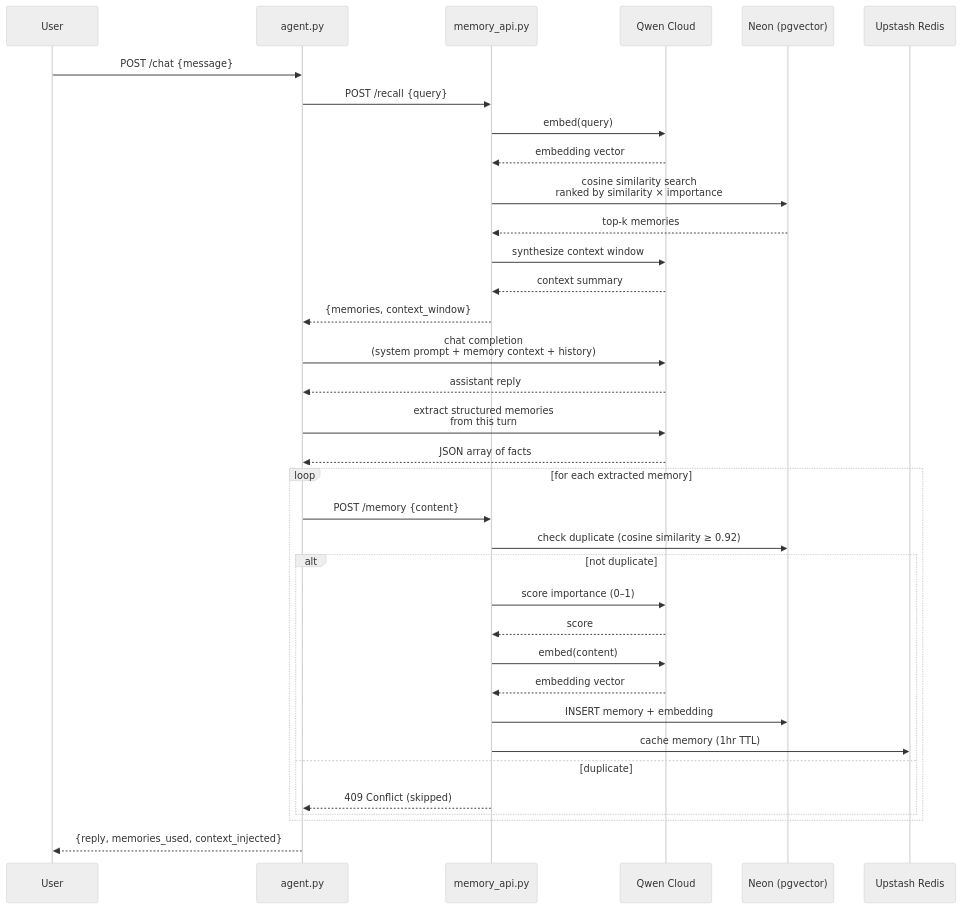
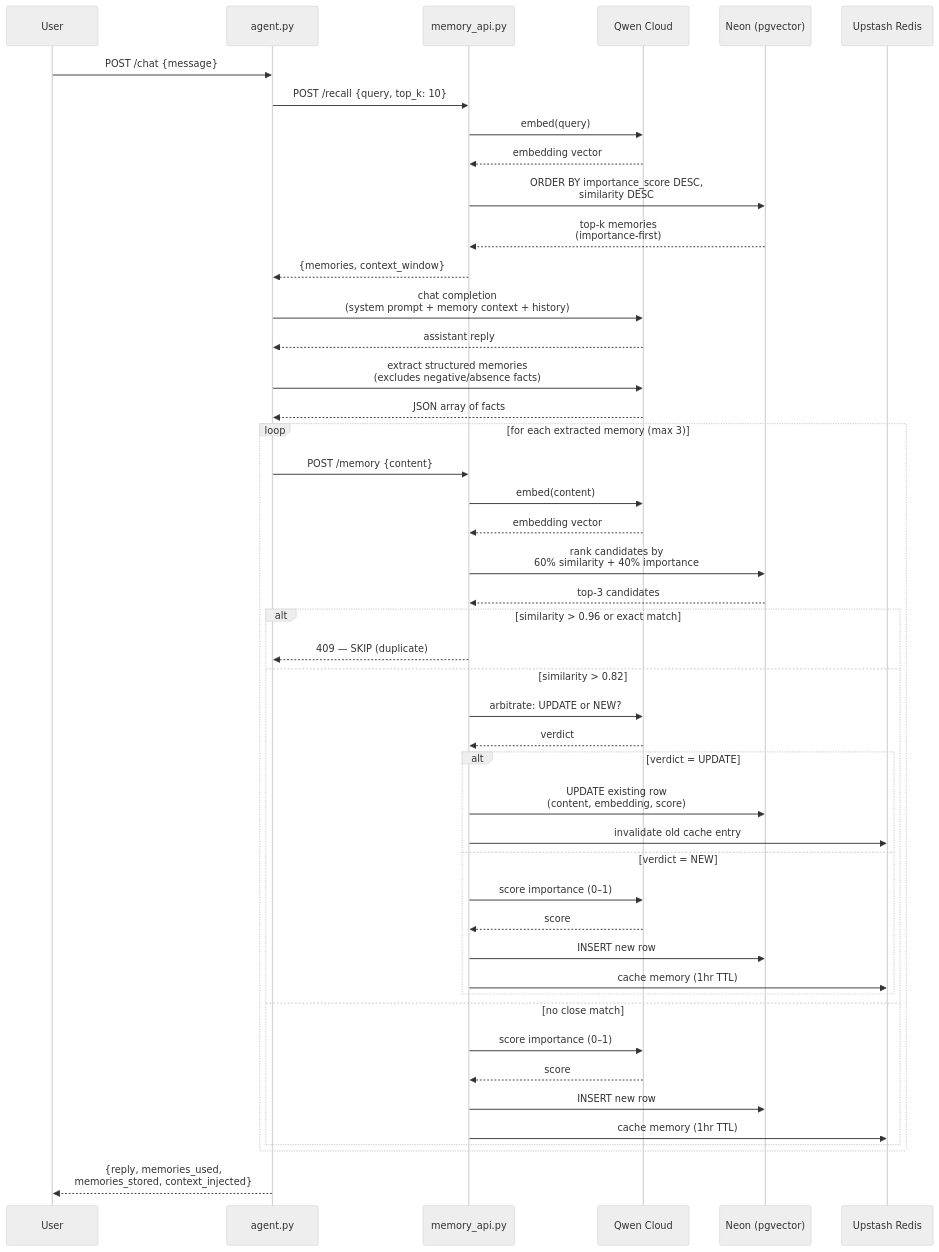
One commit to Hereforlolz/qwen-memory-agent changed the second of 3 diagrams in architecture.md. Above: the diagram before and after it, drawn with Mermaid (neutral theme). The commit also changed other lines of this file and 4 other files, not shown here.

Commit message:
Fix vector dimension mismatch, add weighted dedup ranking, importance-first recall, negative-fact filtering, updated Readme and architecture

````diff
--- a/architecture.md
+++ b/architecture.md
@@ -51,42 +51,54 @@
 ```mermaid
 sequenceDiagram
     participant U as User
     participant A as agent.py
     participant M as memory_api.py
     participant Q as Qwen Cloud
     participant N as Neon (pgvector)
     participant R as Upstash Redis
 
     U->>A: POST /chat {message}
-    A->>M: POST /recall {query}
+    A->>M: POST /recall {query, top_k: 10}
     M->>Q: embed(query)
     Q-->>M: embedding vector
-    M->>N: cosine similarity search<br/>ranked by similarity × importance
-    N-->>M: top-k memories
-    M->>Q: synthesize context window
-    Q-->>M: context summary
+    M->>N: ORDER BY importance_score DESC,<br/>similarity DESC
+    N-->>M: top-k memories<br/>(importance-first)
     M-->>A: {memories, context_window}
 
     A->>Q: chat completion<br/>(system prompt + memory context + history)
     Q-->>A: assistant reply
 
-    A->>Q: extract structured memories<br/>from this turn
+    A->>Q: extract structured memories<br/>(excludes negative/absence facts)
     Q-->>A: JSON array of facts
 
-    loop for each extracted memory
+    loop for each extracted memory (max 3)
         A->>M: POST /memory {content}
-        M->>N: check duplicate (cosine similarity ≥ 0.92)
-        alt not duplicate
+        M->>Q: embed(content)
+        Q-->>M: embedding vector
+        M->>N: rank candidates by<br/>60% similarity + 40% importance
+        N-->>M: top-3 candidates
+
+        alt similarity > 0.96 or exact match
+            M-->>A: 409 — SKIP (duplicate)
+        else similarity > 0.82
+            M->>Q: arbitrate: UPDATE or NEW?
+            Q-->>M: verdict
+            alt verdict = UPDATE
+                M->>N: UPDATE existing row<br/>(content, embedding, score)
+                M->>R: invalidate old cache entry
+            else verdict = NEW
+                M->>Q: score importance (0–1)
+                Q-->>M: score
+                M->>N: INSERT new row
+                M->>R: cache memory (1hr TTL)
+            end
+        else no close match
             M->>Q: score importance (0–1)
             Q-->>M: score
-            M->>Q: embed(content)
-            Q-->>M: embedding vector
-            M->>N: INSERT memory + embedding
+            M->>N: INSERT new row
             M->>R: cache memory (1hr TTL)
-        else duplicate
-            M-->>A: 409 Conflict (skipped)
         end
     end
 
-    A-->>U: {reply, memories_used, context_injected}
+    A-->>U: {reply, memories_used,<br/>memories_stored, context_injected}
 ```
````
